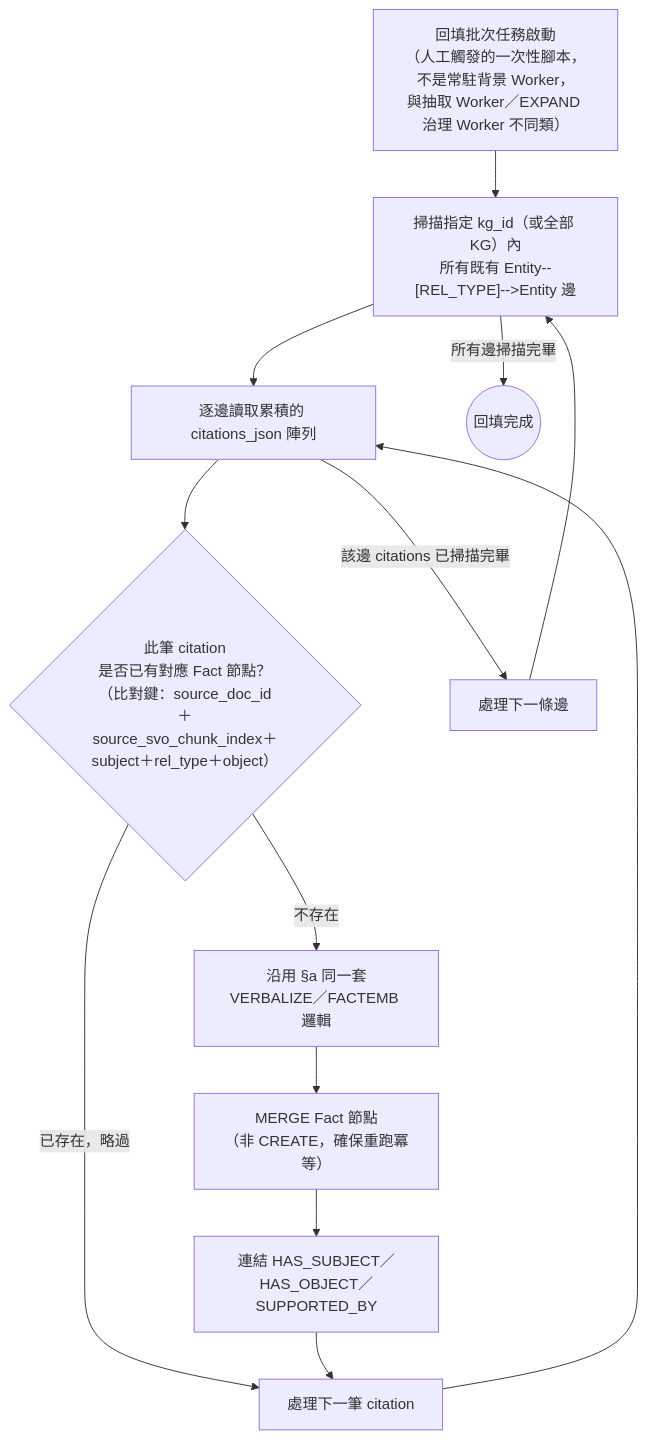
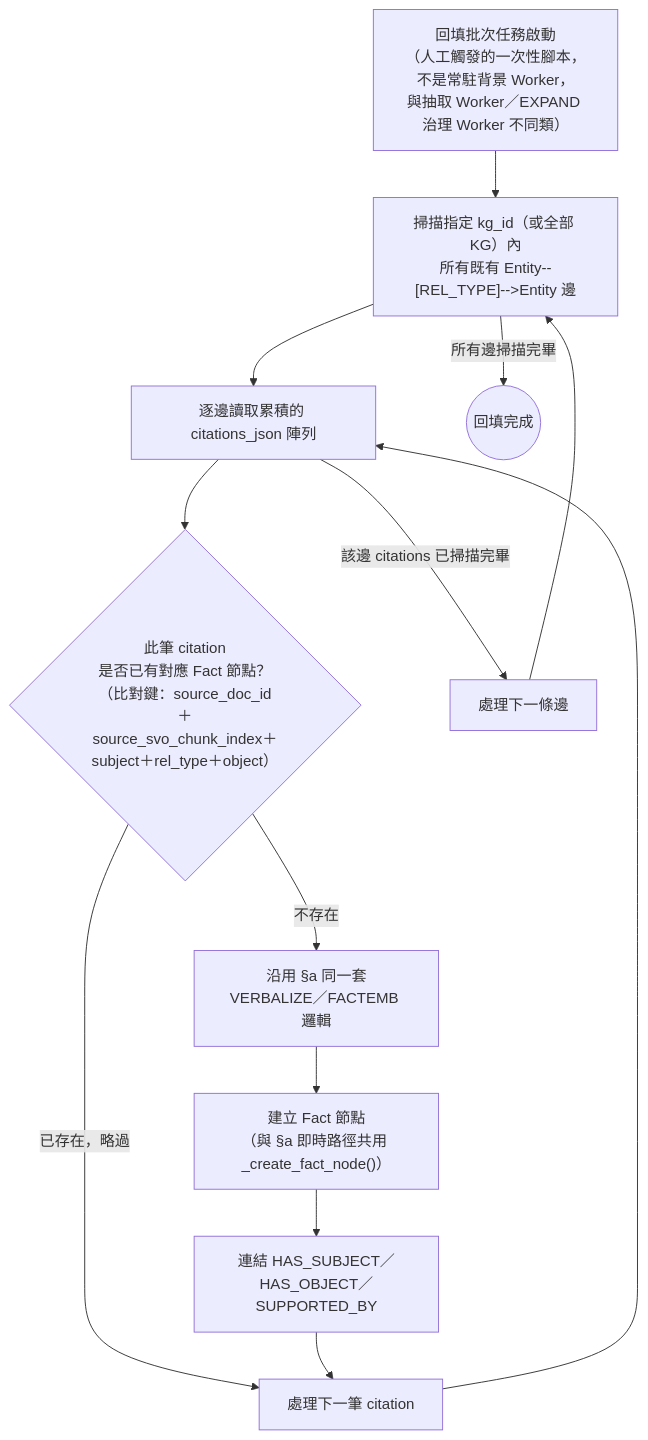
One commit to Chester930/world-knowledge-graph-rag changed the tenth of 18 diagrams in docs/論文/03_系統設計與方法論.md. Above: the diagram before and after it, drawn with Mermaid. The commit also changed other lines of this file and 2 other files, not shown here.

First line of the commit message:
feat(svo): 實作 3.1.4 §b Fact 節點回填批次任務，修正 Fact schema 缺口

````diff
--- a/docs/論文/03_系統設計與方法論.md
+++ b/docs/論文/03_系統設計與方法論.md
@@ -531,15 +533,15 @@
 ```mermaid
 flowchart TD
     START5["回填批次任務啟動<br/>（人工觸發的一次性腳本，<br/>不是常駐背景 Worker，<br/>與抽取 Worker／EXPAND 治理 Worker 不同類）"] --> SCANEDGE5["掃描指定 kg_id（或全部 KG）內<br/>所有既有 Entity--[REL_TYPE]-->Entity 邊"]
     SCANEDGE5 --> SCANCITE5["逐邊讀取累積的 citations_json 陣列"]
     SCANCITE5 --> EXIST5{"此筆 citation<br/>是否已有對應 Fact 節點？<br/>（比對鍵：source_doc_id＋<br/>source_svo_chunk_index＋subject＋rel_type＋object）"}
     EXIST5 -->|已存在，略過| NEXTCITE5["處理下一筆 citation"]
     EXIST5 -->|不存在| REUSE5["沿用 §a 同一套<br/>VERBALIZE／FACTEMB 邏輯"]
-    REUSE5 --> FACTMERGE5["MERGE Fact 節點<br/>（非 CREATE，確保重跑冪等）"]
+    REUSE5 --> FACTMERGE5["建立 Fact 節點<br/>（與 §a 即時路徑共用 _create_fact_node()）"]
     FACTMERGE5 --> LINK5["連結 HAS_SUBJECT／HAS_OBJECT／SUPPORTED_BY"]
     LINK5 --> NEXTCITE5
     NEXTCITE5 --> SCANCITE5
     SCANCITE5 -->|該邊 citations 已掃描完畢| NEXTEDGE5["處理下一條邊"]
     NEXTEDGE5 --> SCANEDGE5
     SCANEDGE5 -->|所有邊掃描完畢| DONE5(("回填完成"))
 ```
````
